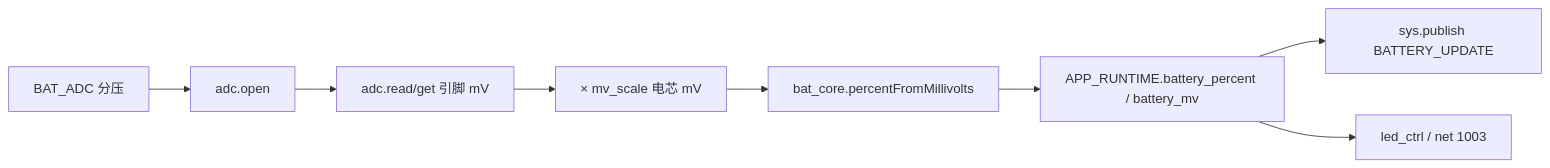
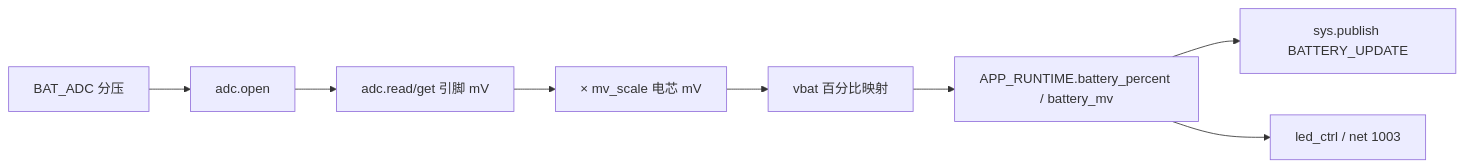
The fourth of 4 diagrams in doc/CHARGE_BATTERY.md (dzr1986/AIR780EHM), drawn with Mermaid before and after one commit. The commit also changed other lines of this file and 80 other files, not shown here.

````diff
--- a/doc/CHARGE_BATTERY.md
+++ b/doc/CHARGE_BATTERY.md
@@ -240,10 +240,10 @@
 ```mermaid
 flowchart LR
     A[BAT_ADC 分压] --> B[adc.open]
     B --> C[adc.read/get 引脚 mV]
     C --> D[× mv_scale 电芯 mV]
-    D --> E[bat_core.percentFromMillivolts]
+    D --> E[vbat 百分比映射]
     E --> F[APP_RUNTIME.battery_percent / battery_mv]
     F --> G[sys.publish BATTERY_UPDATE]
     F --> H[led_ctrl / net 1003]
 ```
````
